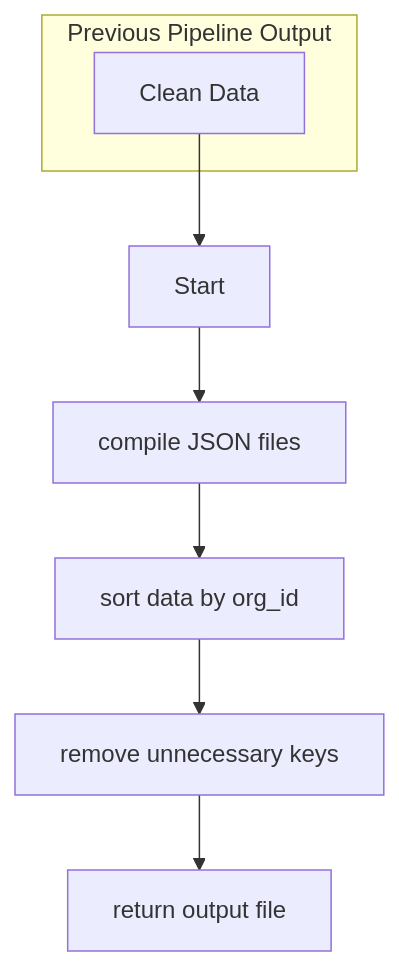
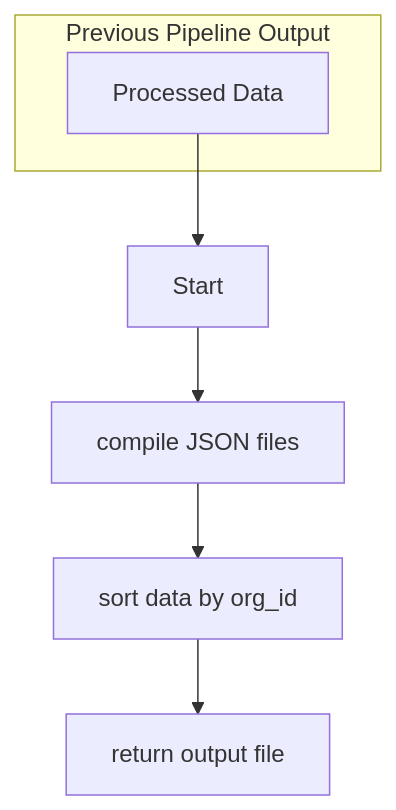
Before and after one commit to govtechmy/directory-scraper: the second of 2 diagrams in directory_scraper/src/data_processing/README.md, drawn with Mermaid. The commit also changed other lines of this file and 2 other files, not shown here.

````diff
--- a/directory_scraper/src/data_processing/README.md
+++ b/directory_scraper/src/data_processing/README.md
@@ -43,12 +42,11 @@
 ```mermaid
 flowchart TD
     G1 --> A
     A[Start] --> B[compile JSON files]
     B --> C[sort data by org_id]
-    C --> D[remove unnecessary keys]
-    D --> E[return output file]
+    C --> D[return output file]
     %% This part connects the previous flowchart to the new one
     subgraph Previous Pipeline Output
-        G1[Clean Data]
+        G1[Processed Data]
     end
 ```
````
